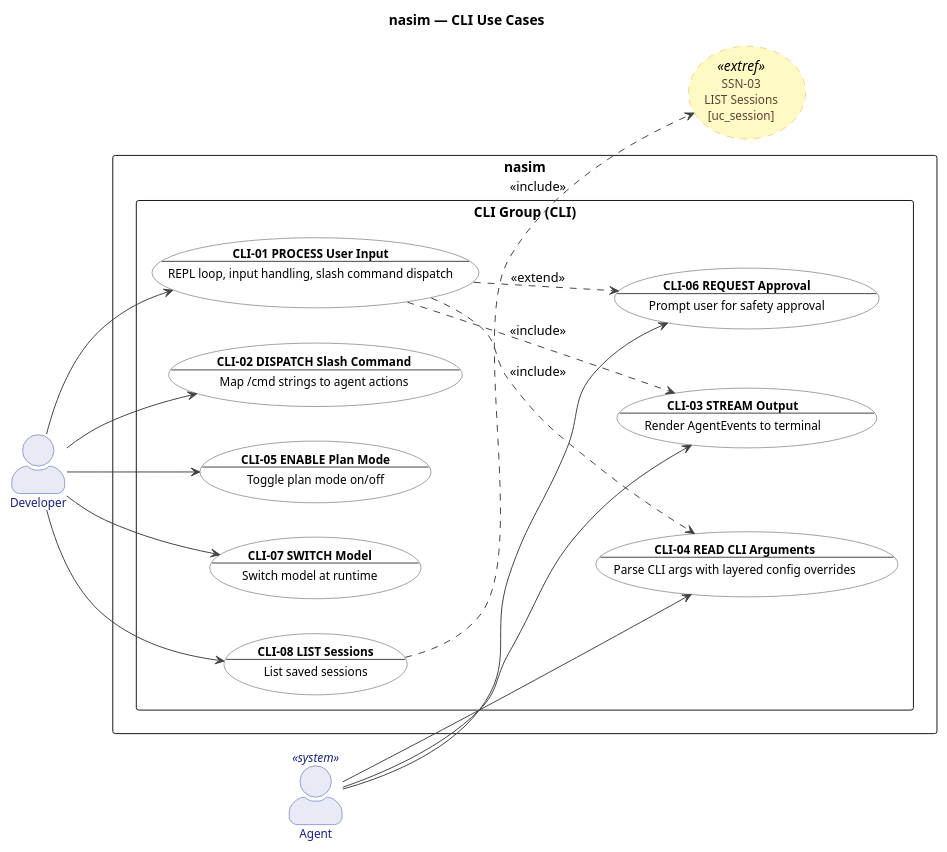
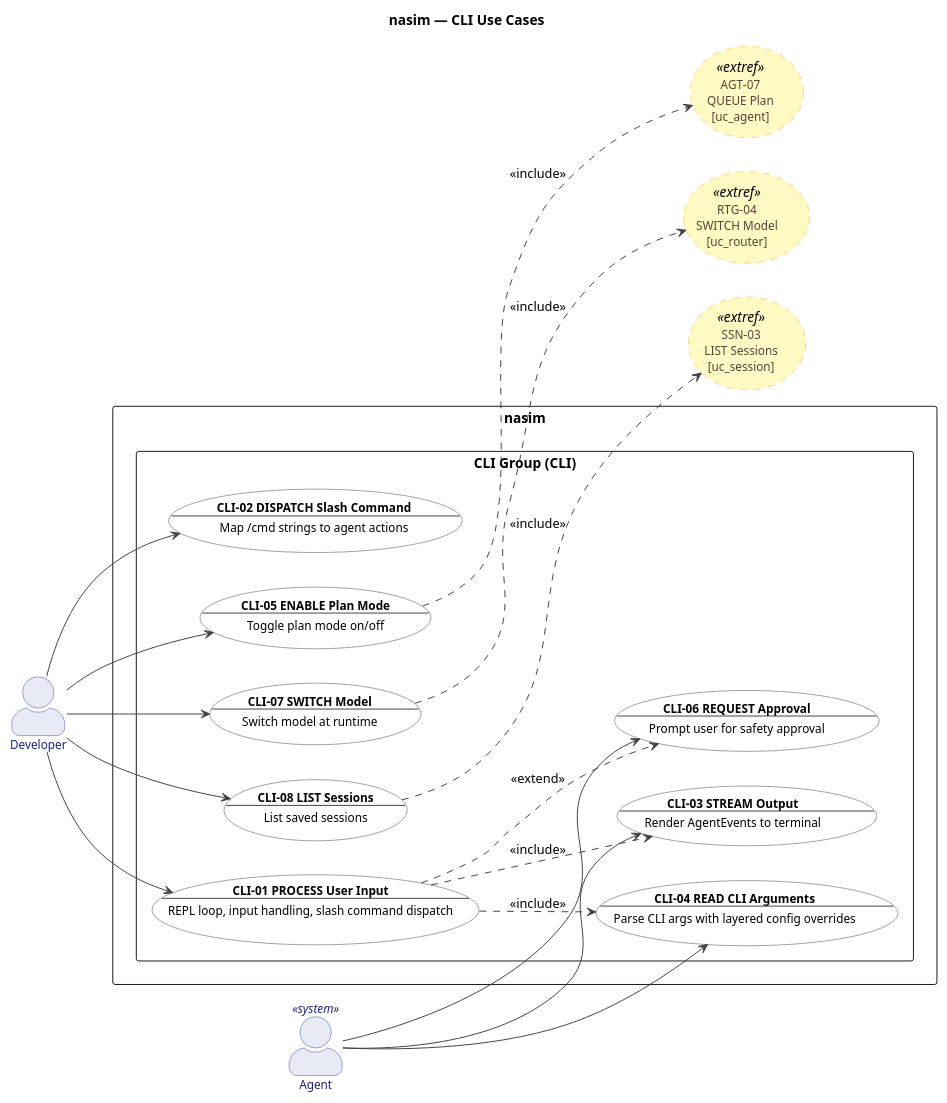
One commit to salimnamvar/nasim changed the tenth of 22 diagrams in UC.md. Above: the diagram before and after it, drawn with PlantUML. The commit also changed 10 other files, not shown here.

First line of the commit message:
docs: Refactor documentation and code structure for nasim architecture

```diff
--- a/UC.md
+++ b/UC.md
@@ -1004,6 +1004,8 @@
 ' ============================================================
 
 usecase "SSN-03\nLIST Sessions\n[uc_session]" as SSN03_ext <<extref>>
+usecase "RTG-04\nSWITCH Model\n[uc_router]" as RTG04_ext <<extref>>
+usecase "AGT-07\nQUEUE Plan\n[uc_agent]" as AGT07_ext <<extref>>
 
 ' ============================================================
 ' System Boundary
@@ -1042,6 +1044,8 @@
 CLI01 ..> CLI03 : <<include>>
 CLI01 ..> CLI04 : <<include>>
 CLI01 ..> CLI06 : <<extend>>
+CLI07 ..> RTG04_ext : <<include>>
+CLI05 ..> AGT07_ext : <<include>>
 CLI08 ..> SSN03_ext : <<include>>
 
 @enduml
```
